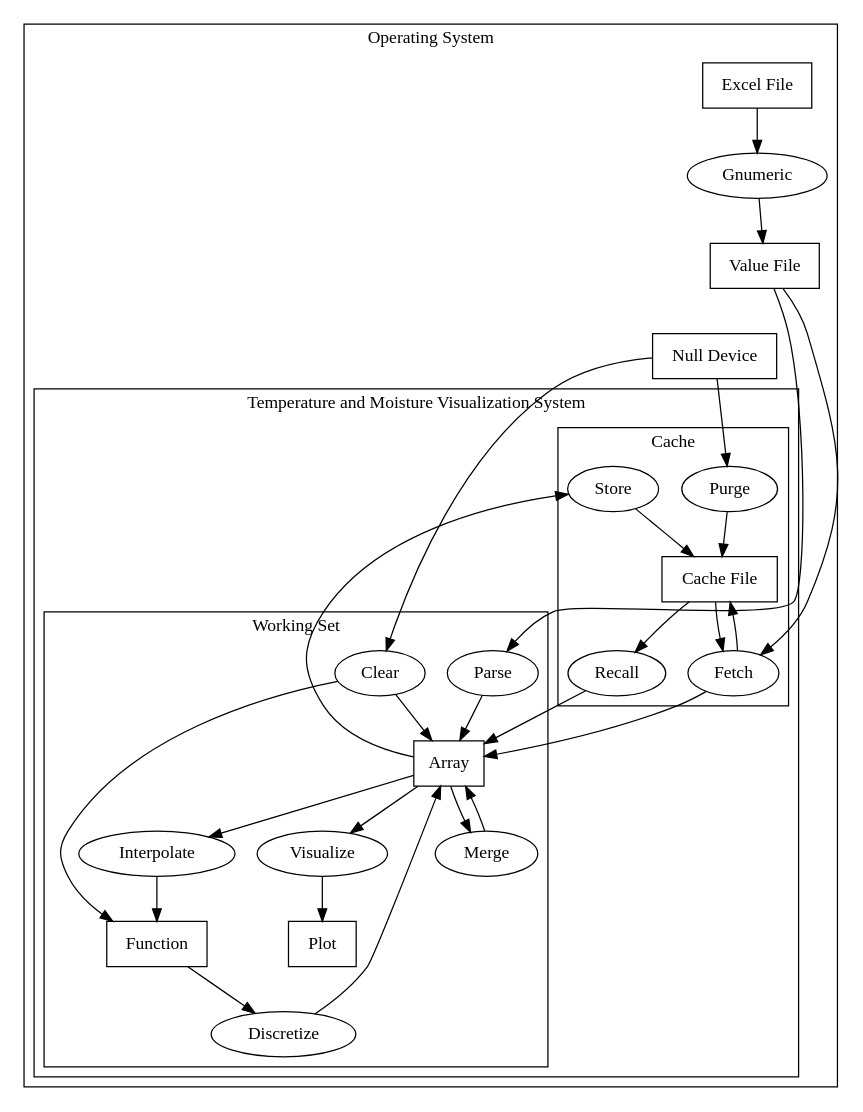
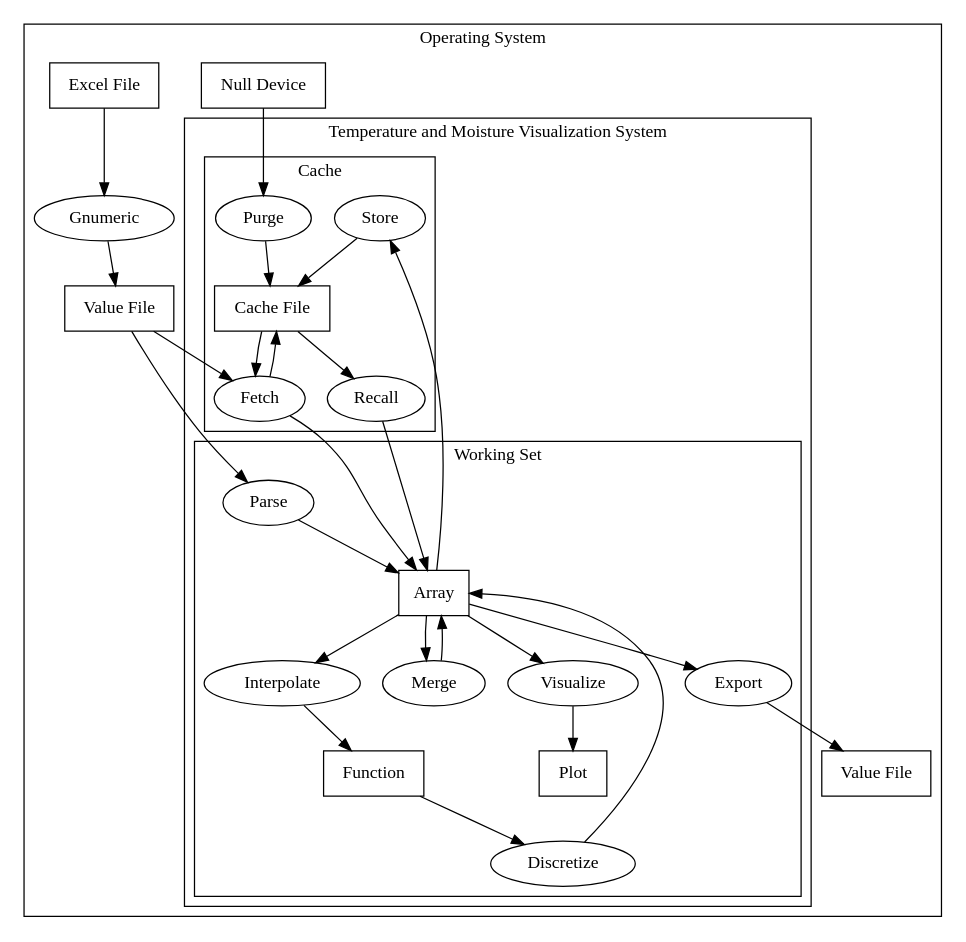
The diagram in data-flow.dot (Tuplanolla/tmvs), drawn with Graphviz before and after one commit. The commit also changed 2 other files, not shown here.

Commit message:
Revised data flow diagram.

```diff
--- a/data-flow.dot
+++ b/data-flow.dot
@@ -1,64 +1,64 @@
 digraph {
   subgraph cluster_cace {
     label = "Operating System"
 
     node [shape = box]
     null [label = "Null Device"]
-    xls [label = "Excel File"]
-    csv [label = "Value File"]
+    xlsr [label = "Excel File"]
+    csvr [label = "Value File"]
+    csvw [label = "Value File"]
 
     node [shape = oval]
     gnumeric [label = "Gnumeric"]
 
     subgraph cluster_tmvs {
       label = "Temperature and Moisture Visualization System"
 
       subgraph cluster_ws {
         label = "Working Set"
 
         node [shape = box]
         array [label = "Array"]
         function [label = "Function"]
         plot [label = "Plot"]
 
         node [shape = oval]
         parse [label = "Parse"]
         interpolate [label = "Interpolate"]
         discretize [label = "Discretize"]
         merge [label = "Merge"]
         visualize [label = "Visualize"]
-        clear [label = "Clear"]
+        export [label = "Export"]
       }
 
       subgraph cluster_cache {
         label = "Cache"
 
         node [shape = box]
         cache [label = "Cache File"]
 
         node [shape = oval]
         store [label = "Store"]
         recall [label = "Recall"]
         fetch [label = "Fetch"]
         purge [label = "Purge"]
       }
     }
   }
 
-  xls -> gnumeric -> csv
-  csv -> parse -> array
+  xlsr -> gnumeric -> csvr
+  csvr -> parse -> array
   array -> interpolate -> function
   function -> discretize -> array
   array -> merge -> array
   array -> visualize -> plot
-  null -> clear
-  clear -> array
-  clear -> function
   array -> store -> cache
   cache -> recall -> array
-  csv -> fetch -> array
+  csvr -> fetch -> array
   cache -> fetch -> cache
   null -> purge -> cache
+  array -> export -> csvw
 
-  csv -> null [style = invis]
+  fetch -> parse [style = invis]
+  recall -> parse [style = invis]
 }
```
